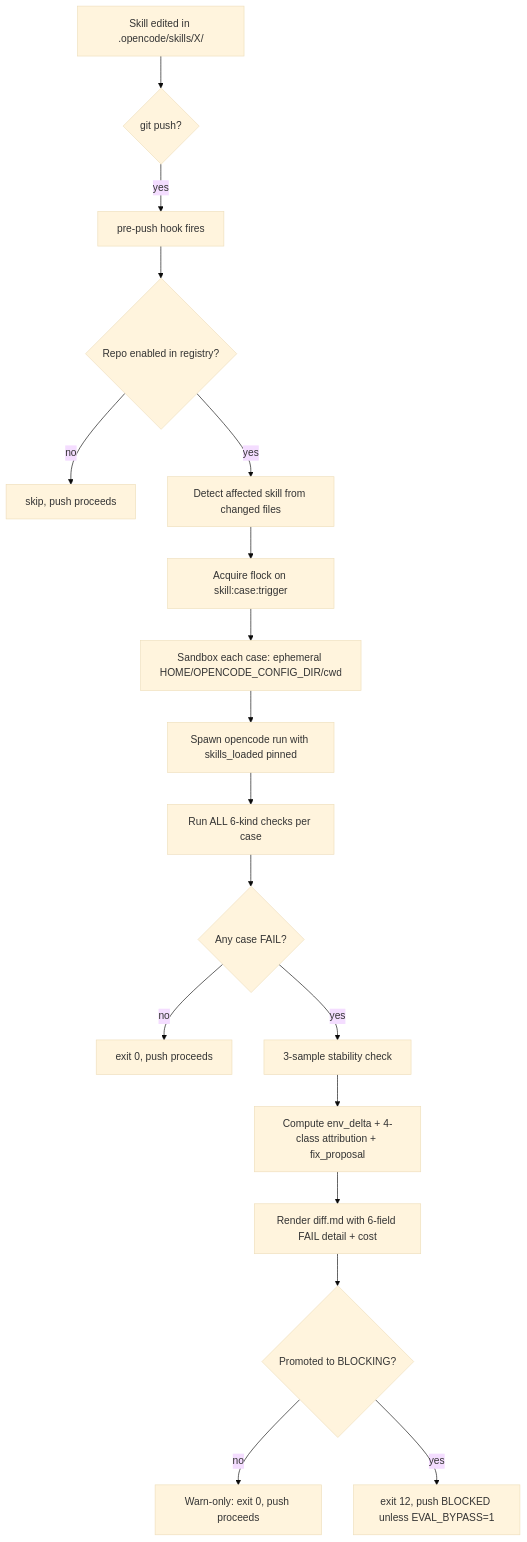
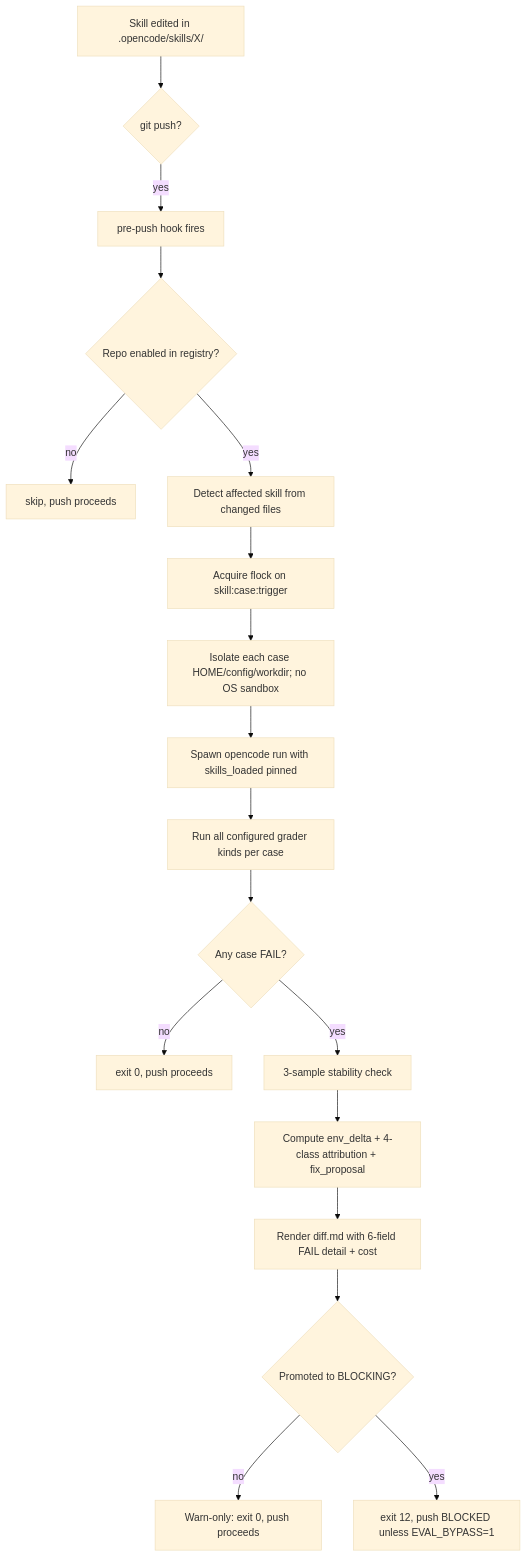
Before and after one commit to nano-step/eval-harness: the first of 2 diagrams in README.md, drawn with Mermaid (base theme). The commit also changed other lines of this file and 92 other files, not shown here.

````diff
--- a/README.md
+++ b/README.md
@@ -190,20 +141,20 @@
 ```mermaid
 flowchart TD
   A[Skill edited in .opencode/skills/X/] --> B{git push?}
   B -- yes --> C[pre-push hook fires]
   C --> D{Repo enabled in registry?}
   D -- no  --> Z[skip, push proceeds]
   D -- yes --> E[Detect affected skill from changed files]
   E --> F[Acquire flock on skill:case:trigger]
-  F --> G[Sandbox each case: ephemeral HOME/OPENCODE_CONFIG_DIR/cwd]
+  F --> G["Isolate each case HOME/config/workdir; no OS sandbox"]
   G --> H[Spawn opencode run with skills_loaded pinned]
-  H --> I[Run ALL 6-kind checks per case]
+  H --> I[Run all configured grader kinds per case]
   I --> J{Any case FAIL?}
   J -- no --> K[exit 0, push proceeds]
   J -- yes --> L[3-sample stability check]
   L --> M[Compute env_delta + 4-class attribution + fix_proposal]
   M --> N[Render diff.md with 6-field FAIL detail + cost]
   N --> O{Promoted to BLOCKING?}
   O -- no  --> P[Warn-only: exit 0, push proceeds]
   O -- yes --> Q[exit 12, push BLOCKED unless EVAL_BYPASS=1]
 ```
````
